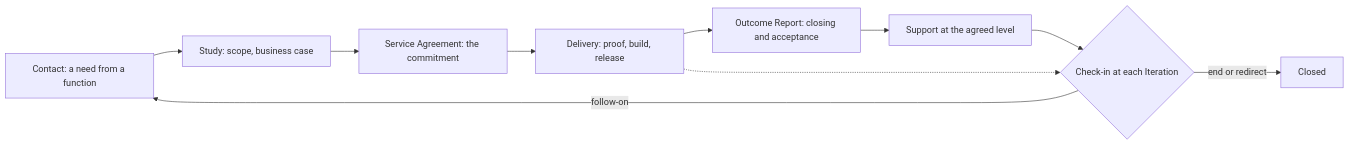
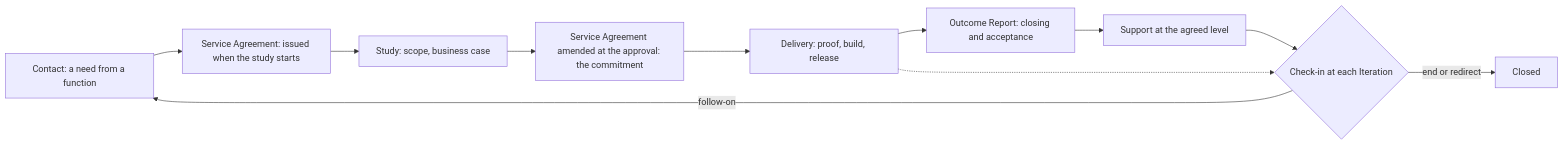
One commit to devhogu/ob-aicc changed the diagram in charter/workflows/engagement.md. Above: the diagram before and after it, drawn with Mermaid. The commit also changed other lines of this file and 75 other files, not shown here.

Commit message:
Life-cycle flows, measures, end-to-end evaluation, two-level acceptance, and the yearly Steering in December (DR-2026-050 to DR-2026-057)

````diff
--- a/charter/workflows/engagement.md
+++ b/charter/workflows/engagement.md
@@ -15,12 +15,13 @@
 ```mermaid
 flowchart LR
-  A["Contact: a need from a function"] --> B["Study: scope, business case"]
-  B --> C["Service Agreement: the commitment"]
+  A["Contact: a need from a function"] --> SA["Service Agreement: issued when the study starts"]
+  SA --> B["Study: scope, business case"]
+  B --> C["Service Agreement amended at the approval: the commitment"]
   C --> D["Delivery: proof, build, release"]
   D --> E["Outcome Report: closing and acceptance"]
   E --> F["Support at the agreed level"]
   F --> G{"Check-in at each Iteration"}
   G -->|follow-on| A
   G -->|end or redirect| H["Closed"]
   D -.-> G
 ```
````
